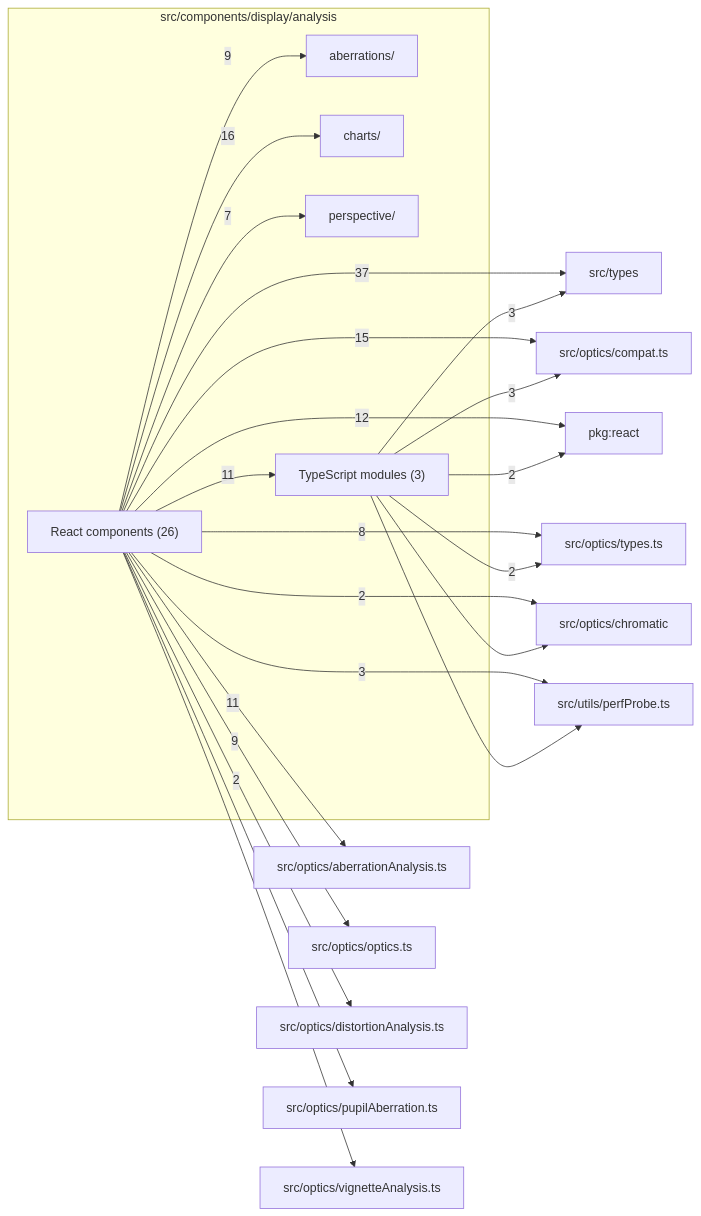
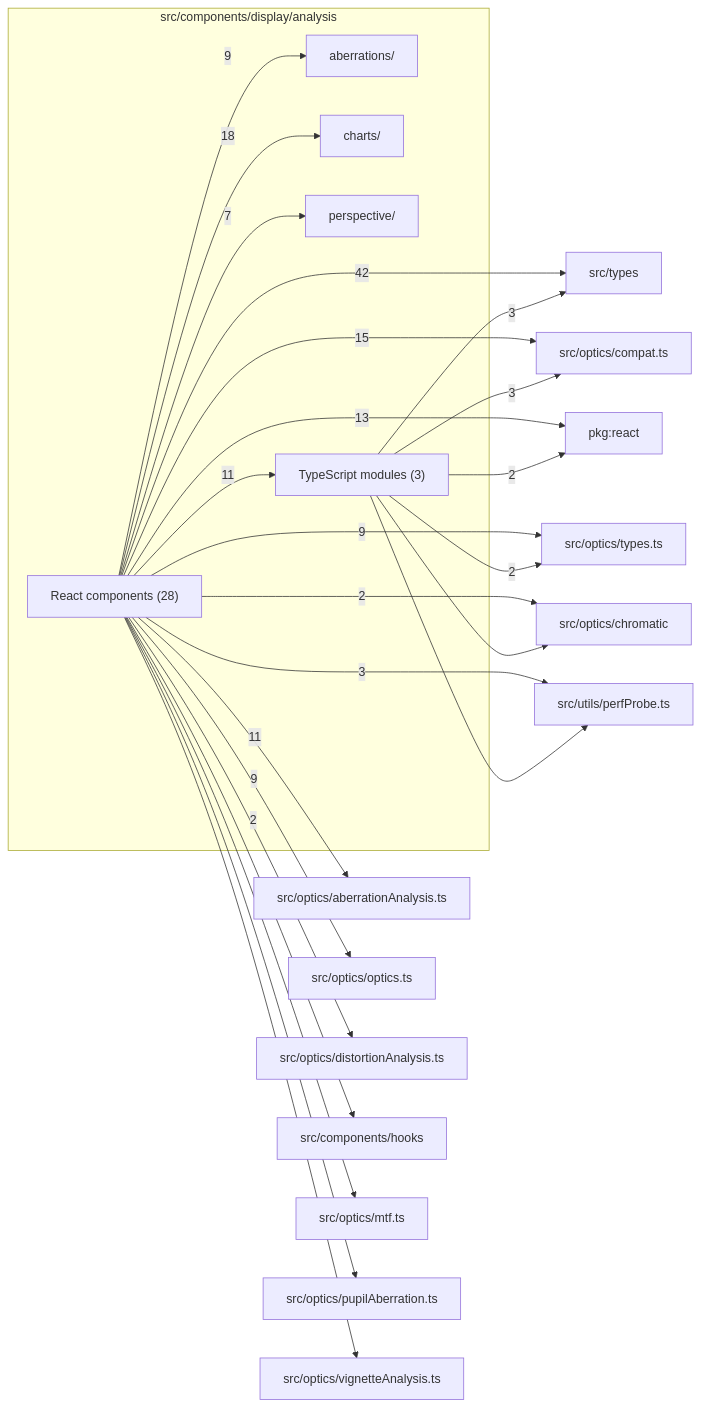
Before and after one commit to ronbuening/LensVisualizer: the diagram in src/components/display/analysis/readme.md, drawn with Mermaid. The commit also changed other lines of this file and 20 other files, not shown here.

Commit message:
feat(mtf): add interactive geometric analysis

````diff
--- a/src/components/display/analysis/readme.md
+++ b/src/components/display/analysis/readme.md
@@ -9,42 +9,46 @@
 ```mermaid
 flowchart LR
   subgraph n_src_components_display_analysis["src/components/display/analysis"]
     n_src_components_display_analysis_src_components_display_analysis_aberrations["aberrations/"]
     n_src_components_display_analysis_src_components_display_analysis_charts["charts/"]
     n_src_components_display_analysis_src_components_display_analysis_perspective["perspective/"]
-    n_src_components_display_analysis_React_components["React components (26)"]
+    n_src_components_display_analysis_React_components["React components (28)"]
     n_src_components_display_analysis_TypeScript_modules["TypeScript modules (3)"]
   end
   n_external_src_types["src/types"]
   n_external_src_optics_compat_ts["src/optics/compat.ts"]
   n_external_pkg_react["pkg:react"]
   n_external_src_optics_aberrationAnalysis_ts["src/optics/aberrationAnalysis.ts"]
   n_external_src_optics_optics_ts["src/optics/optics.ts"]
   n_external_src_optics_types_ts["src/optics/types.ts"]
   n_external_src_utils_perfProbe_ts["src/utils/perfProbe.ts"]
   n_external_src_optics_chromatic["src/optics/chromatic"]
   n_external_src_optics_distortionAnalysis_ts["src/optics/distortionAnalysis.ts"]
+  n_external_src_components_hooks["src/components/hooks"]
+  n_external_src_optics_mtf_ts["src/optics/mtf.ts"]
   n_external_src_optics_pupilAberration_ts["src/optics/pupilAberration.ts"]
   n_external_src_optics_vignetteAnalysis_ts["src/optics/vignetteAnalysis.ts"]
-  n_src_components_display_analysis_React_components --> |37| n_external_src_types
-  n_src_components_display_analysis_React_components --> |16| n_src_components_display_analysis_src_components_display_analysis_charts
+  n_src_components_display_analysis_React_components --> |42| n_external_src_types
+  n_src_components_display_analysis_React_components --> |18| n_src_components_display_analysis_src_components_display_analysis_charts
   n_src_components_display_analysis_React_components --> |15| n_external_src_optics_compat_ts
-  n_src_components_display_analysis_React_components --> |12| n_external_pkg_react
+  n_src_components_display_analysis_React_components --> |13| n_external_pkg_react
   n_src_components_display_analysis_React_components --> |11| n_external_src_optics_aberrationAnalysis_ts
   n_src_components_display_analysis_React_components --> |11| n_src_components_display_analysis_TypeScript_modules
   n_src_components_display_analysis_React_components --> |9| n_external_src_optics_optics_ts
+  n_src_components_display_analysis_React_components --> |9| n_external_src_optics_types_ts
   n_src_components_display_analysis_React_components --> |9| n_src_components_display_analysis_src_components_display_analysis_aberrations
-  n_src_components_display_analysis_React_components --> |8| n_external_src_optics_types_ts
   n_src_components_display_analysis_React_components --> |7| n_src_components_display_analysis_src_components_display_analysis_perspective
   n_src_components_display_analysis_TypeScript_modules --> |3| n_external_src_optics_compat_ts
   n_src_components_display_analysis_TypeScript_modules --> |3| n_external_src_types
   n_src_components_display_analysis_React_components --> |3| n_external_src_utils_perfProbe_ts
   n_src_components_display_analysis_TypeScript_modules --> |2| n_external_pkg_react
   n_src_components_display_analysis_React_components --> |2| n_external_src_optics_chromatic
   n_src_components_display_analysis_React_components --> |2| n_external_src_optics_distortionAnalysis_ts
   n_src_components_display_analysis_TypeScript_modules --> |2| n_external_src_optics_types_ts
+  n_src_components_display_analysis_React_components --> n_external_src_components_hooks
   n_src_components_display_analysis_TypeScript_modules --> n_external_src_optics_chromatic
+  n_src_components_display_analysis_React_components --> n_external_src_optics_mtf_ts
   n_src_components_display_analysis_React_components --> n_external_src_optics_pupilAberration_ts
   n_src_components_display_analysis_React_components --> n_external_src_optics_vignetteAnalysis_ts
   n_src_components_display_analysis_TypeScript_modules --> n_external_src_utils_perfProbe_ts
 ```
````
